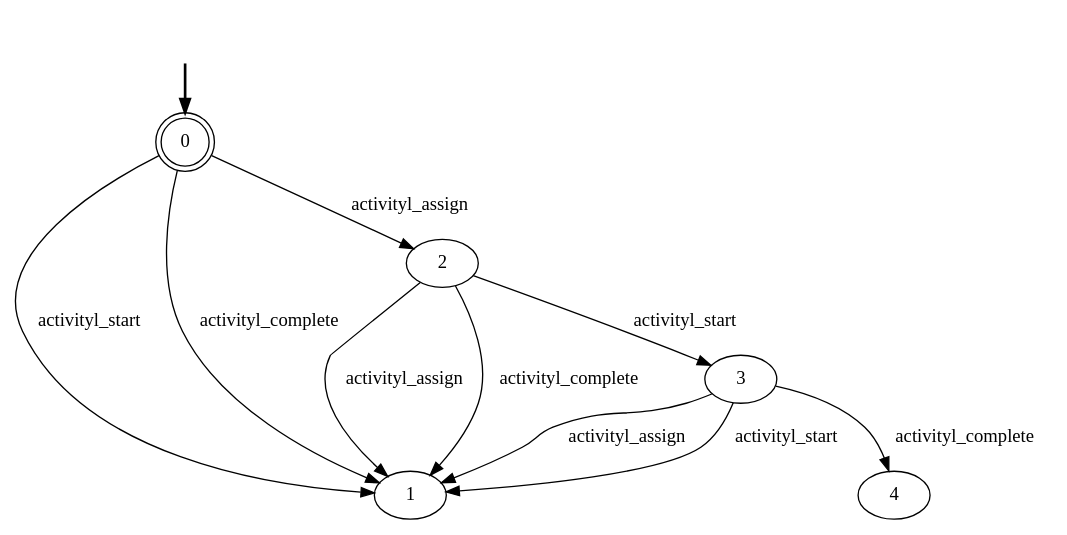
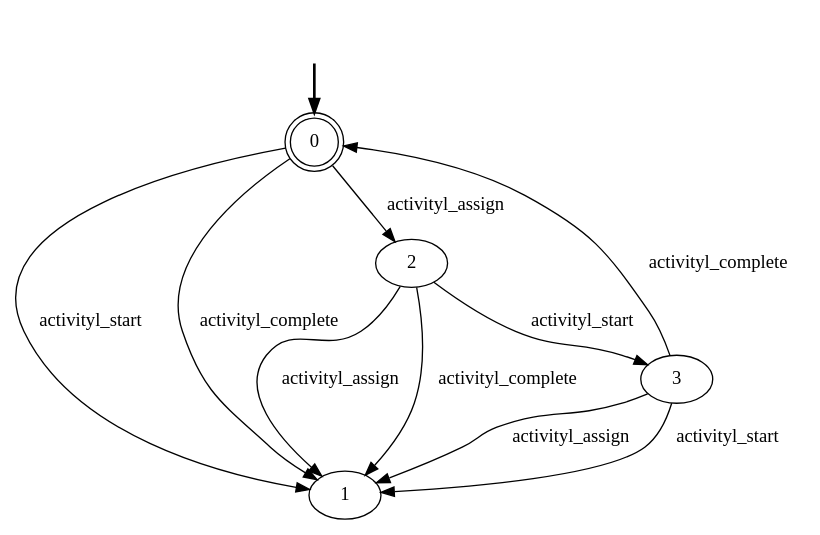
Before and after one commit to GianmarcoBordin/pddlTranslator: the diagram in out/production/Aligner/lifecycle/activityl__lifecycle.dot, drawn with Graphviz. The commit also changed 101 other files, not shown here.

```diff
--- a/out/production/Aligner/lifecycle/activityl__lifecycle.dot
+++ b/out/production/Aligner/lifecycle/activityl__lifecycle.dot
@@ -1,17 +1,17 @@
 digraph {
 	fake0 [style=invisible]
 	0 [root=true] [shape=doublecircle]
 	1
 	2
 	3
 	fake0 -> 0 [style=bold]
 	2 -> 1 [label=activityl_assign]
 	2 -> 3 [label=activityl_start]
 	2 -> 1 [label=activityl_complete]
 	3 -> 1 [label=activityl_assign]
 	3 -> 1 [label=activityl_start]
-	3 -> 4 [label=activityl_complete]
+	3 -> 0 [label=activityl_complete]
 	0 -> 2 [label=activityl_assign]
 	0 -> 1 [label=activityl_start]
 	0 -> 1 [label=activityl_complete]
 }
```
